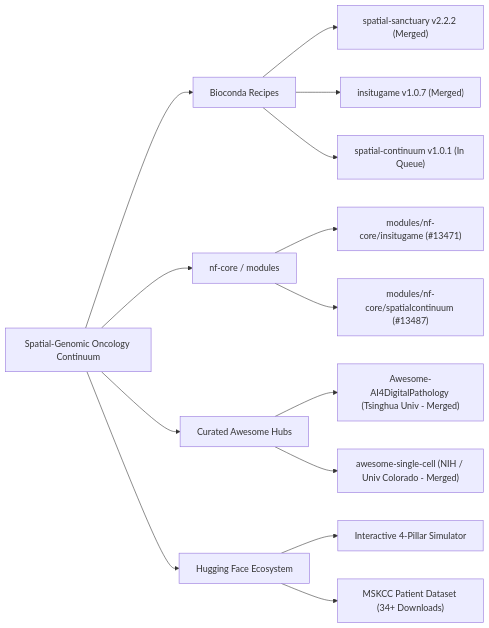
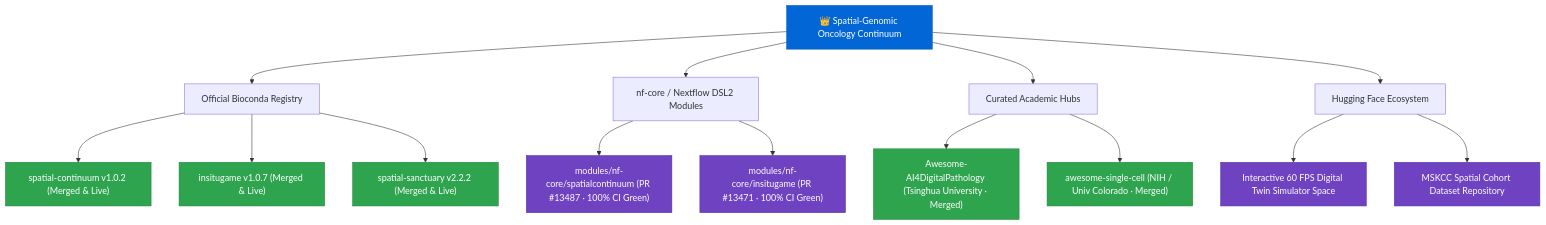
Before and after one commit to Lukecele/Lukecele: the diagram in README.md, drawn with Mermaid. The commit also changed other lines of this file, not shown here.

Commit message:
style(profile): overhaul profile README with verified Bioconda/nf-core status, 60 FPS Digital Twin, and modern visual hierarchy

````diff
--- a/README.md
+++ b/README.md
@@ -73,20 +88,28 @@
 ```mermaid
-flowchart LR
-    A["Spatial-Genomic Oncology Continuum"] --> B["Bioconda Recipes"]
-    A --> C["nf-core / modules"]
-    A --> D["Curated Awesome Hubs"]
+flowchart TD
+    A["👑 Spatial-Genomic Oncology Continuum"] --> B["Official Bioconda Registry"]
+    A --> C["nf-core / Nextflow DSL2 Modules"]
+    A --> D["Curated Academic Hubs"]
     A --> E["Hugging Face Ecosystem"]
     
-    B --> B1["spatial-sanctuary v2.2.2 (Merged)"]
-    B --> B2["insitugame v1.0.7 (Merged)"]
-    B --> B3["spatial-continuum v1.0.1 (In Queue)"]
+    B --> B1["spatial-continuum v1.0.2 (Merged & Live)"]
+    B --> B2["insitugame v1.0.7 (Merged & Live)"]
+    B --> B3["spatial-sanctuary v2.2.2 (Merged & Live)"]
     
-    C --> C1["modules/nf-core/insitugame (#13471)"]
-    C --> C2["modules/nf-core/spatialcontinuum (#13487)"]
+    C --> C1["modules/nf-core/spatialcontinuum (PR #13487 · 100% CI Green)"]
+    C --> C2["modules/nf-core/insitugame (PR #13471 · 100% CI Green)"]
     
-    D --> D1["Awesome-AI4DigitalPathology (Tsinghua Univ - Merged)"]
-    D --> D2["awesome-single-cell (NIH / Univ Colorado - Merged)"]
+    D --> D1["Awesome-AI4DigitalPathology (Tsinghua University · Merged)"]
+    D --> D2["awesome-single-cell (NIH / Univ Colorado · Merged)"]
     
-    E --> E1["Interactive 4-Pillar Simulator"]
-    E --> E2["MSKCC Patient Dataset (34+ Downloads)"]
+    E --> E1["Interactive 60 FPS Digital Twin Simulator Space"]
+    E --> E2["MSKCC Spatial Cohort Dataset Repository"]
+
+    classDef merged fill:#2ea44f,stroke:#22863a,color:#ffffff;
+    classDef flagship fill:#0366d6,stroke:#005cc5,color:#ffffff;
+    classDef platform fill:#6f42c1,stroke:#5a32a3,color:#ffffff;
+
+    class A flagship;
+    class B1,B2,B3,D1,D2 merged;
+    class C1,C2,E1,E2 platform;
 ```
````
